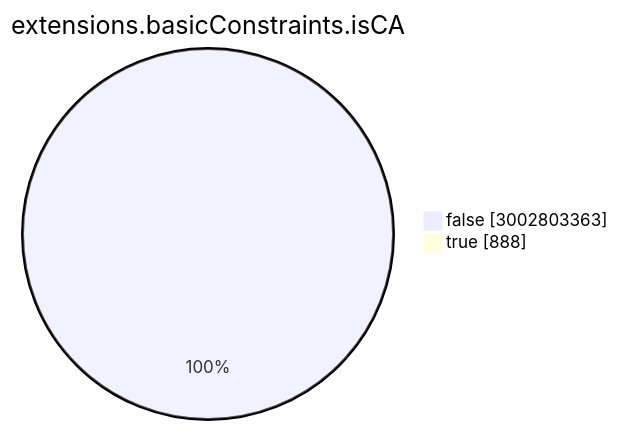
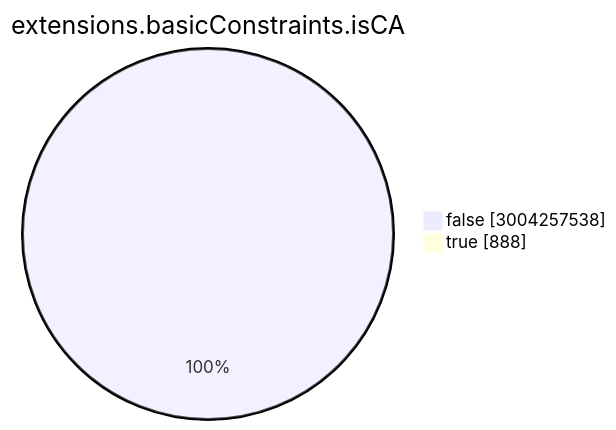
The seventh of 15 diagrams in TOTAL/README.md (christiankrug/ctmonitor_visualization), drawn with Mermaid before and after one commit. The commit also changed other lines of this file, not shown here.

````diff
--- a/TOTAL/README.md
+++ b/TOTAL/README.md
@@ -3080,6 +3080,6 @@
 ```mermaid
 pie showData
 title extensions.basicConstraints.isCA
-"false" :3002803363
+"false" :3004257538
 "true" :888
 ```
````
